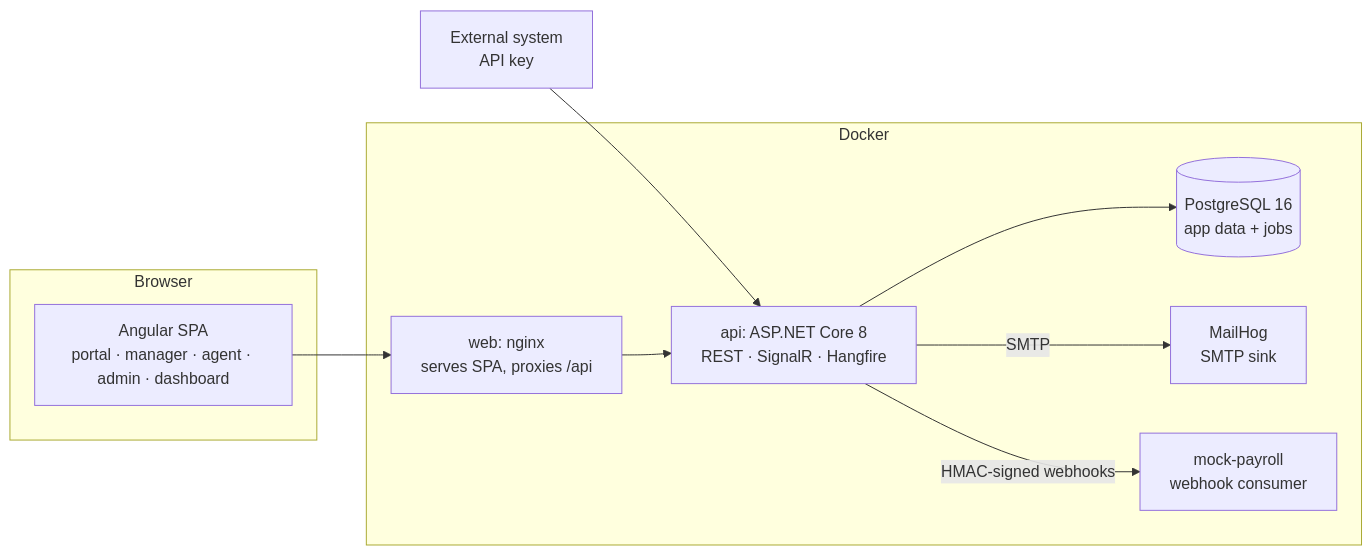
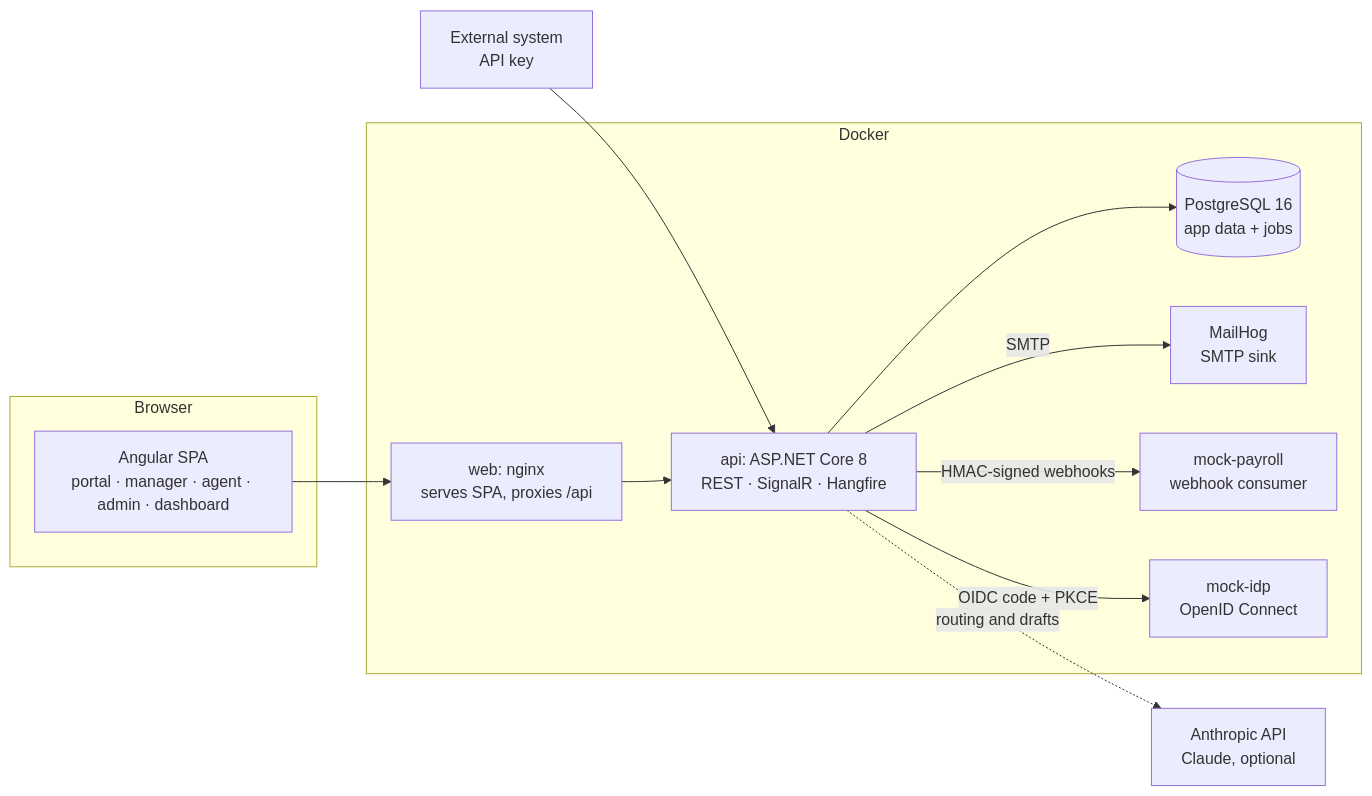
Before and after one commit to Eya2/HR-Service-Desk-SLA-Management-System: the first of 2 diagrams in README.md, drawn with Mermaid. The commit also changed other lines of this file, not shown here.

````diff
--- a/README.md
+++ b/README.md
@@ -86,18 +91,22 @@
 ```mermaid
 flowchart LR
     subgraph Browser
         WEB[Angular SPA<br/>portal · manager · agent · admin · dashboard]
     end
     subgraph Docker
         NGINX[web: nginx<br/>serves SPA, proxies /api]
         API[api: ASP.NET Core 8<br/>REST · SignalR · Hangfire]
         PG[(PostgreSQL 16<br/>app data + jobs)]
         MAIL[MailHog<br/>SMTP sink]
         PAY[mock-payroll<br/>webhook consumer]
+        IDP[mock-idp<br/>OpenID Connect]
     end
+    CLAUDE[Anthropic API<br/>Claude, optional]
     EXT[External system<br/>API key] --> API
     WEB --> NGINX --> API
     API --> PG
     API -- SMTP --> MAIL
     API -- HMAC-signed webhooks --> PAY
+    API -- OIDC code + PKCE --> IDP
+    API -. routing and drafts .-> CLAUDE
 ```
````
